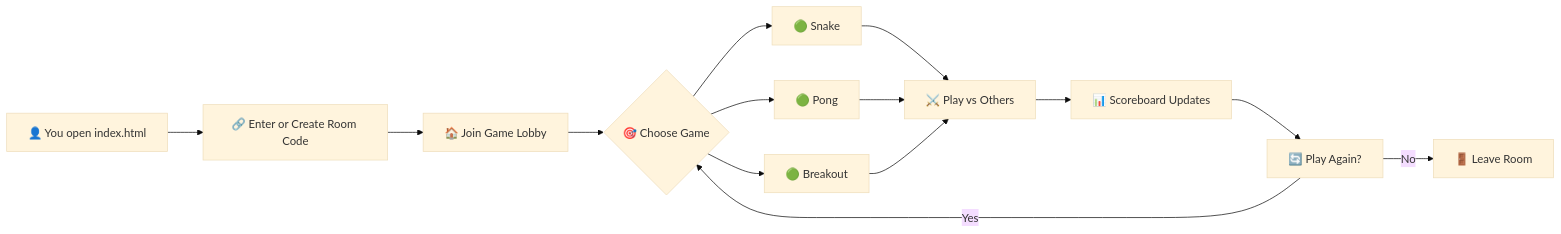
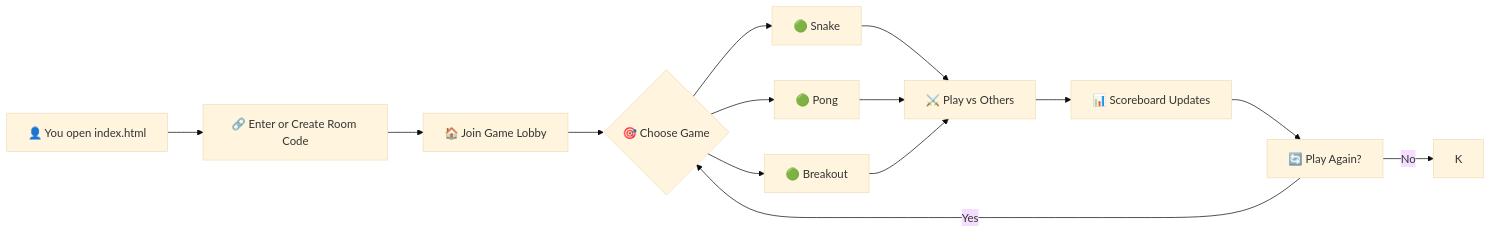
Before and after one commit to shubhyagami/gameroom: the diagram in README.md, drawn with Mermaid (base theme). The commit also changed other lines of this file, not shown here.

````diff
--- a/README.md
+++ b/README.md
@@ -48,16 +48,16 @@
 ```mermaid
 flowchart LR
     A[👤 You open index.html] --> B[🔗 Enter or Create Room Code]
     B --> C[🏠 Join Game Lobby]
     C --> D{🎯 Choose Game}
     D --> E[🟢 Snake]
     D --> F[🟢 Pong]
     D --> G[🟢 Breakout]
     E --> H[⚔️ Play vs Others]
     F --> H
     G --> H
     H --> I[📊 Scoreboard Updates]
     I --> J[🔄 Play Again?]
     J -->|Yes| D
-    J -->|No| K[🚪 Leave Room]
+    J -->|No| K
 ```
````
